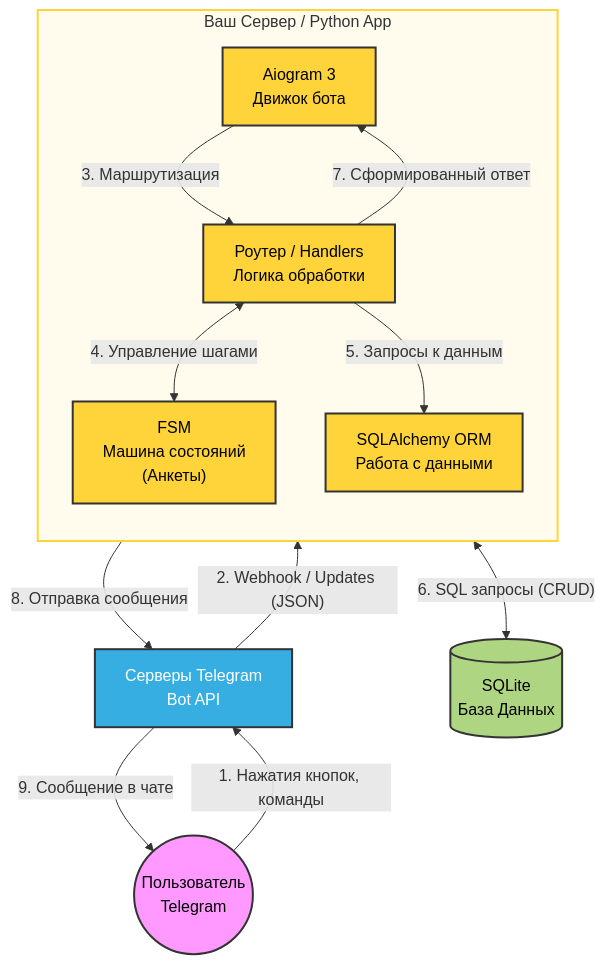
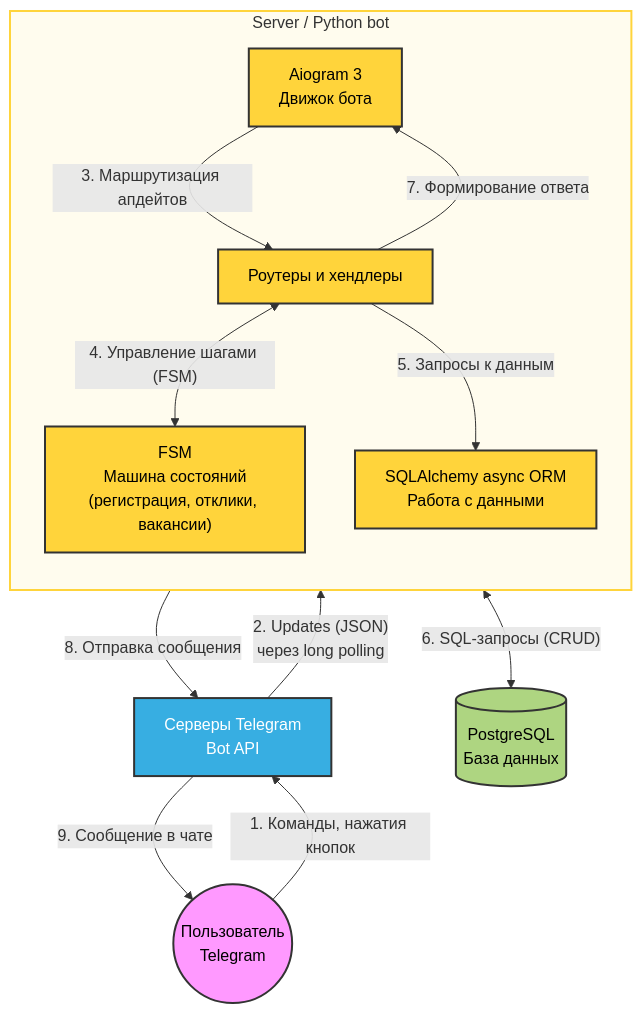
Before and after one commit to ALEKSEY-MERCEDES/vacancies-service-team: the first of 5 diagrams in README.md, drawn with Mermaid. The commit also changed other lines of this file, not shown here.

````diff
--- a/README.md
+++ b/README.md
@@ -13,39 +13,39 @@
 ```mermaid
 graph TD
     %% Определяем стили узлов
     classDef user fill:#f9f,stroke:#333,stroke-width:2px,color:black;
     classDef tg fill:#37aee2,stroke:#333,stroke-width:2px,color:white;
     classDef python fill:#ffd43b,stroke:#333,stroke-width:2px,color:black;
     classDef db fill:#aed581,stroke:#333,stroke-width:2px,color:black;
 
     %% Узлы
     User((Пользователь<br>Telegram)):::user
     TG[Серверы Telegram<br>Bot API]:::tg
     
-    subgraph Server [Ваш Сервер / Python App]
+    subgraph Server [Server / Python bot]
         direction TB
         Aiogram[Aiogram 3<br>Движок бота]:::python
-        Router[Роутер / Handlers<br>Логика обработки]:::python
-        FSM["FSM<br>Машина состояний<br>(Анкеты)"]:::python
-        ORM[SQLAlchemy ORM<br>Работа с данными]:::python
+        Router[Роутеры и хендлеры]:::python
+        FSM["FSM<br>Машина состояний<br>(регистрация, отклики, вакансии)"]:::python
+        ORM[SQLAlchemy async ORM<br>Работа с данными]:::python
     end
     
-    DB[(SQLite<br>База Данных)]:::db
+    DB[(PostgreSQL<br>База данных)]:::db
 
     %% Связи
-    User -->|"1. Нажатия кнопок, команды"| TG
-    TG -->|"2. Webhook / Updates (JSON)"| Aiogram
+    User -->|"1. Команды, нажатия кнопок"| TG
+    TG -->|"2. Updates (JSON)<br>через long polling"| Aiogram
     
-    Aiogram -->|"3. Маршрутизация"| Router
-    Router <-->|"4. Управление шагами"| FSM
+    Aiogram -->|"3. Маршрутизация апдейтов"| Router
+    Router <-->|"4. Управление шагами (FSM)"| FSM
     Router -->|"5. Запросы к данным"| ORM
     
-    ORM <-->|"6. SQL запросы (CRUD)"| DB
+    ORM <-->|"6. SQL-запросы (CRUD)"| DB
     
-    Router -->|"7. Сформированный ответ"| Aiogram
+    Router -->|"7. Формирование ответа"| Aiogram
     Aiogram -->|"8. Отправка сообщения"| TG
     TG -->|"9. Сообщение в чате"| User
 
-    %% Применение стилей к рамке
+    %% Применение стилей к рамке приложения
     style Server fill:#fffcee,stroke:#ffd43b,stroke-width:2px;
 ```
````
